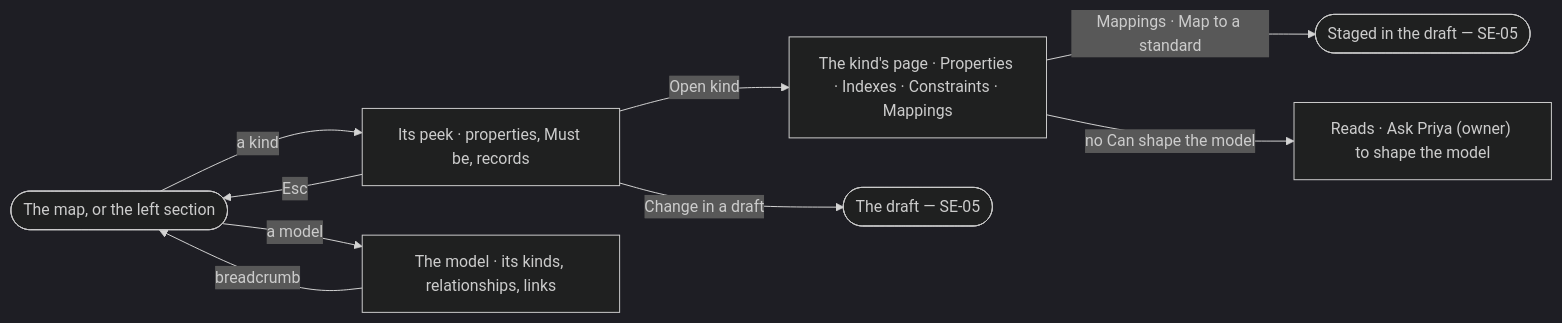
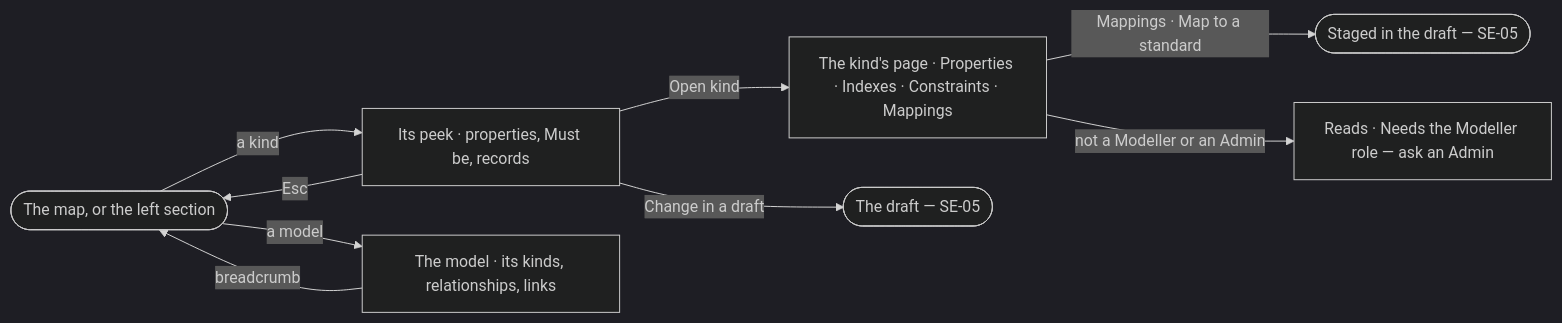
Before and after one commit to invana/invana: the diagram in specs/capabilities/semantics/features/SE-F06-links-and-mappings/stories/SE-02-open-a-model-and-a-kind/story.md, drawn with Mermaid (dark theme). The commit also changed other lines of this file and 300 other files, not shown here.

````diff
--- a/specs/capabilities/semantics/features/SE-F06-links-and-mappings/stories/SE-02-open-a-model-and-a-kind/story.md
+++ b/specs/capabilities/semantics/features/SE-F06-links-and-mappings/stories/SE-02-open-a-model-and-a-kind/story.md
@@ -26,11 +28,11 @@
 ```mermaid
 flowchart LR
   a([The map, or the left section]) -->|a kind| p["Its peek · properties, Must be, records"]
   p -->|Esc| a
   p -->|Open kind| k["The kind's page · Properties · Indexes · Constraints · Mappings"]
   p -->|Change in a draft| d(["The draft — SE-05"])
   a -->|a model| m["The model · its kinds, relationships, links"]
   m -->|breadcrumb| a
   k -->|Mappings · Map to a standard| ms(["Staged in the draft — SE-05"])
-  k -->|no Can shape the model| na["Reads · Ask Priya (owner) to shape the model"]
+  k -->|not a Modeller or an Admin| na["Reads · Needs the Modeller role — ask an Admin"]
 ```
````
